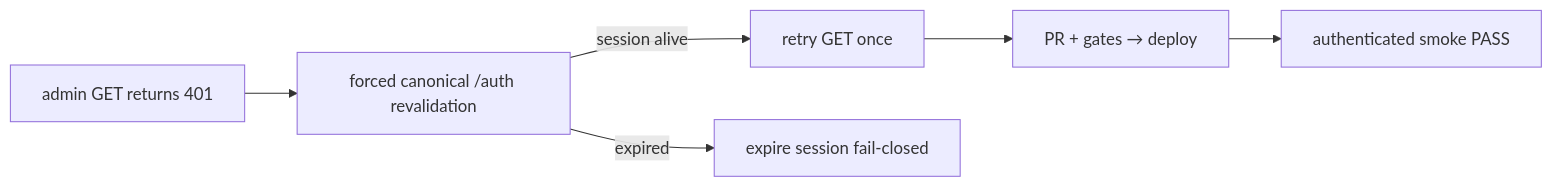
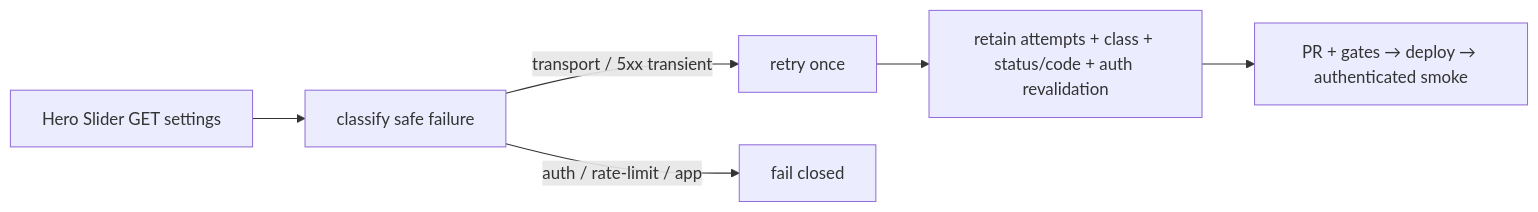
Before and after one commit to pl0n3r/brvtal: the diagram in README.md, drawn with Mermaid. The commit also changed other lines of this file and 9 other files, not shown here.

First line of the commit message:
fix(hero): deflake authenticated settings reads (v0.1.78) (#727)

````diff
--- a/README.md
+++ b/README.md
@@ -44,8 +43,8 @@
 ```mermaid
 flowchart LR
-  A["admin GET returns 401"] --> R["forced canonical /auth revalidation"]
-  R -->|session alive| G["retry GET once"]
-  R -->|expired| X["expire session fail-closed"]
-  G --> M["PR + gates → deploy"]
-  M --> S["authenticated smoke PASS"]
+  A["Hero Slider GET settings"] --> C["classify safe failure"]
+  C -->|transport / 5xx transient| R["retry once"]
+  C -->|auth / rate-limit / app| F["fail closed"]
+  R --> D["retain attempts + class + status/code + auth revalidation"]
+  D --> P["PR + gates → deploy → authenticated smoke"]
 ```
````
